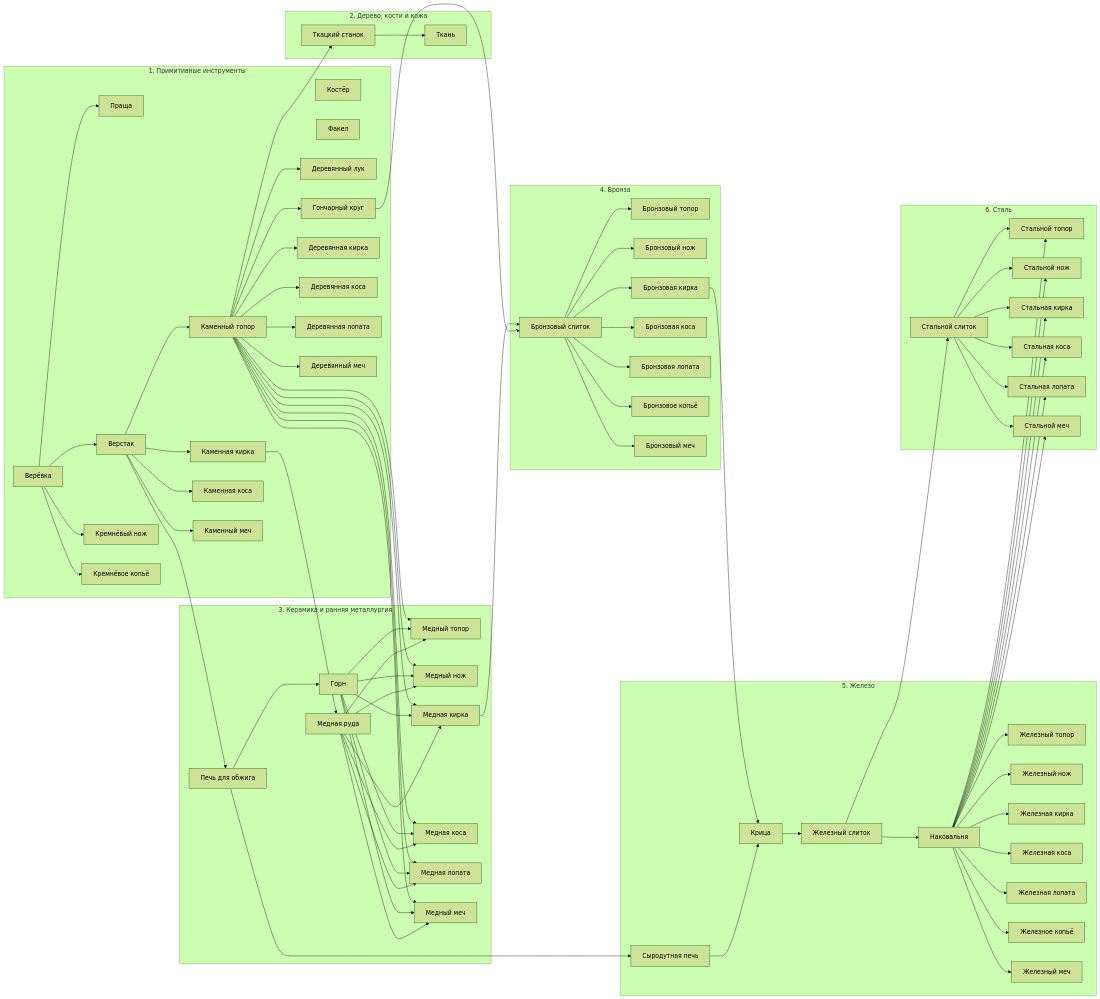
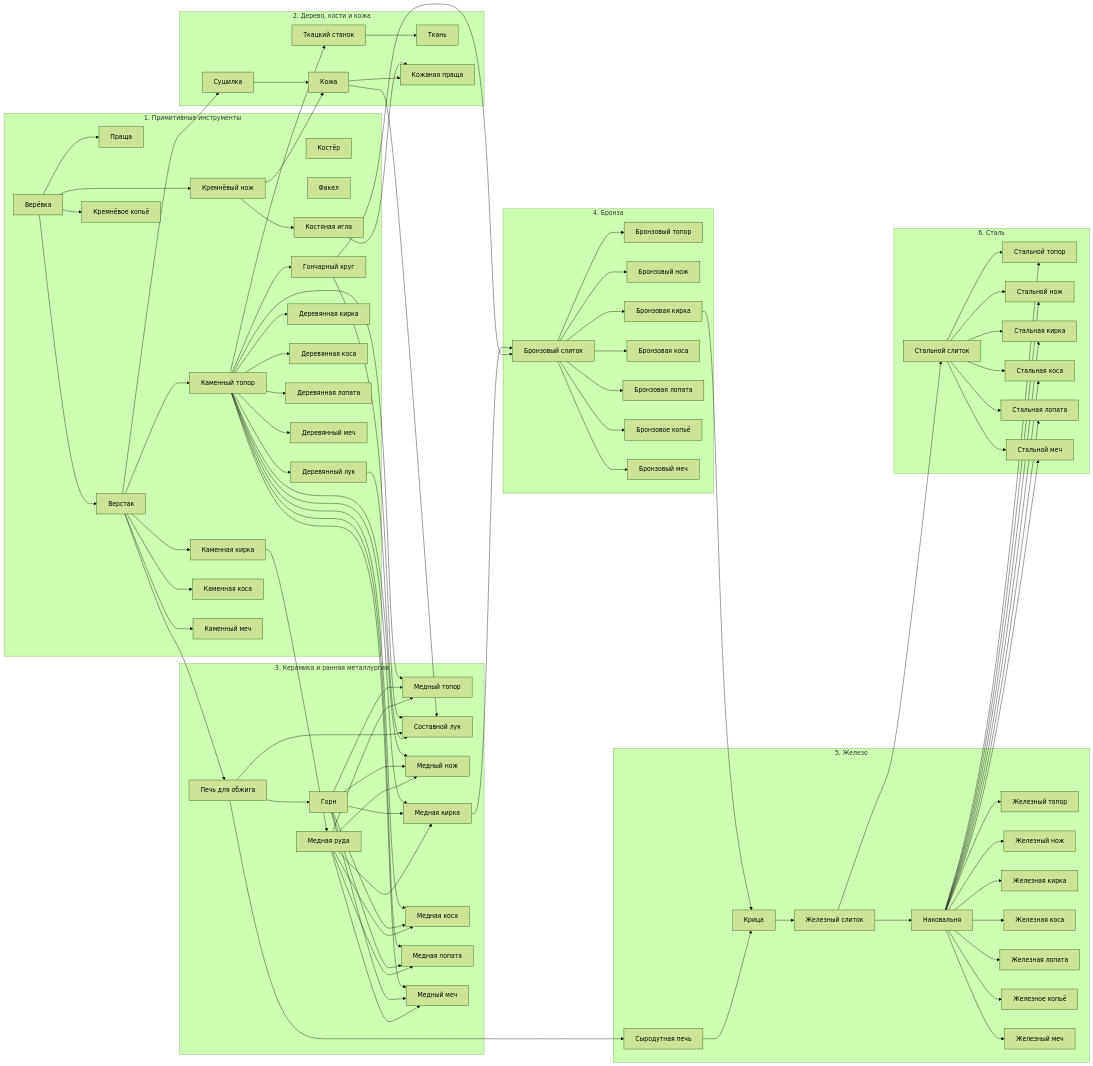
The first of 2 diagrams in docs/generated/content-graph.md (randomboygh/survivium), drawn with Mermaid (forest theme) before and after one commit. The commit also changed other lines of this file and 60 other files, not shown here.

````diff
--- a/docs/generated/content-graph.md
+++ b/docs/generated/content-graph.md
@@ -432,134 +457,149 @@
     b5["Факел"]
     b6["Верстак"]
     b8["Деревянный лук"]
-    b15["Гончарный круг"]
-    b18["Каменный топор"]
-    b23["Кремнёвый нож"]
-    b28["Каменная кирка"]
-    b29["Деревянная кирка"]
-    b34["Каменная коса"]
-    b35["Деревянная коса"]
-    b40["Деревянная лопата"]
-    b45["Кремнёвое копьё"]
-    b48["Деревянный меч"]
-    b49["Каменный меч"]
+    b18["Костяная игла"]
+    b19["Гончарный круг"]
+    b22["Каменный топор"]
+    b28["Кремнёвый нож"]
+    b33["Каменная кирка"]
+    b34["Деревянная кирка"]
+    b39["Каменная коса"]
+    b40["Деревянная коса"]
+    b45["Деревянная лопата"]
+    b50["Кремнёвое копьё"]
+    b53["Деревянный меч"]
+    b54["Каменный меч"]
   end
   subgraph e2["2. Дерево, кости и кожа"]
     b1["Ткань"]
-    b14["Ткацкий станок"]
+    b9["Сушилка"]
+    b10["Кожа"]
+    b16["Кожаная праща"]
+    b17["Ткацкий станок"]
   end
   subgraph e3["3. Керамика и ранняя металлургия"]
     b2["Медная руда"]
-    b9["Горн"]
-    b13["Печь для обжига"]
-    b19["Медный топор"]
-    b24["Медный нож"]
-    b30["Медная кирка"]
-    b36["Медная коса"]
-    b41["Медная лопата"]
-    b50["Медный меч"]
+    b11["Горн"]
+    b15["Печь для обжига"]
+    b23["Медный топор"]
+    b27["Составной лук"]
+    b29["Медный нож"]
+    b35["Медная кирка"]
+    b41["Медная коса"]
+    b46["Медная лопата"]
+    b55["Медный меч"]
   end
   subgraph e4["4. Бронза"]
-    b16["Бронзовый слиток"]
-    b20["Бронзовый топор"]
-    b25["Бронзовый нож"]
-    b31["Бронзовая кирка"]
-    b37["Бронзовая коса"]
-    b42["Бронзовая лопата"]
-    b46["Бронзовое копьё"]
-    b51["Бронзовый меч"]
+    b20["Бронзовый слиток"]
+    b24["Бронзовый топор"]
+    b30["Бронзовый нож"]
+    b36["Бронзовая кирка"]
+    b42["Бронзовая коса"]
+    b47["Бронзовая лопата"]
+    b51["Бронзовое копьё"]
+    b56["Бронзовый меч"]
   end
   subgraph e5["5. Железо"]
     b7["Сыродутная печь"]
-    b10["Крица"]
-    b11["Железный слиток"]
-    b12["Наковальня"]
-    b21["Железный топор"]
-    b26["Железный нож"]
-    b32["Железная кирка"]
-    b38["Железная коса"]
-    b43["Железная лопата"]
-    b47["Железное копьё"]
-    b52["Железный меч"]
+    b12["Крица"]
+    b13["Железный слиток"]
+    b14["Наковальня"]
+    b25["Железный топор"]
+    b31["Железный нож"]
+    b37["Железная кирка"]
+    b43["Железная коса"]
+    b48["Железная лопата"]
+    b52["Железное копьё"]
+    b57["Железный меч"]
   end
   subgraph e6["6. Сталь"]
-    b17["Стальной слиток"]
-    b22["Стальной топор"]
-    b27["Стальной нож"]
-    b33["Стальная кирка"]
-    b39["Стальная коса"]
-    b44["Стальная лопата"]
-    b53["Стальной меч"]
+    b21["Стальной слиток"]
+    b26["Стальной топор"]
+    b32["Стальной нож"]
+    b38["Стальная кирка"]
+    b44["Стальная коса"]
+    b49["Стальная лопата"]
+    b58["Стальной меч"]
   end
-  b14 --> b1
-  b28 --> b2
+  b17 --> b1
+  b33 --> b2
   b3 --> b4
   b3 --> b6
-  b13 --> b7
-  b18 --> b8
-  b13 --> b9
-  b7 --> b10
-  b31 --> b10
-  b10 --> b11
-  b11 --> b12
-  b6 --> b13
-  b18 --> b14
-  b18 --> b15
-  b15 --> b16
-  b30 --> b16
-  b11 --> b17
-  b6 --> b18
-  b2 --> b19
-  b9 --> b19
-  b18 --> b19
-  b16 --> b20
-  b12 --> b21
-  b12 --> b22
-  b17 --> b22
-  b3 --> b23
-  b2 --> b24
-  b9 --> b24
-  b18 --> b24
-  b16 --> b25
-  b12 --> b26
-  b12 --> b27
-  b17 --> b27
-  b6 --> b28
-  b18 --> b29
-  b2 --> b30
-  b9 --> b30
-  b18 --> b30
-  b16 --> b31
-  b12 --> b32
-  b12 --> b33
-  b17 --> b33
-  b6 --> b34
-  b18 --> b35
-  b2 --> b36
-  b9 --> b36
-  b18 --> b36
-  b16 --> b37
-  b12 --> b38
-  b12 --> b39
-  b17 --> b39
-  b18 --> b40
+  b15 --> b7
+  b22 --> b8
+  b6 --> b9
+  b9 --> b10
+  b28 --> b10
+  b15 --> b11
+  b7 --> b12
+  b36 --> b12
+  b12 --> b13
+  b13 --> b14
+  b6 --> b15
+  b10 --> b16
+  b18 --> b16
+  b22 --> b17
+  b28 --> b18
+  b22 --> b19
+  b19 --> b20
+  b35 --> b20
+  b13 --> b21
+  b6 --> b22
+  b2 --> b23
+  b11 --> b23
+  b22 --> b23
+  b20 --> b24
+  b14 --> b25
+  b14 --> b26
+  b21 --> b26
+  b8 --> b27
+  b10 --> b27
+  b15 --> b27
+  b19 --> b27
+  b3 --> b28
+  b2 --> b29
+  b11 --> b29
+  b22 --> b29
+  b20 --> b30
+  b14 --> b31
+  b14 --> b32
+  b21 --> b32
+  b6 --> b33
+  b22 --> b34
+  b2 --> b35
+  b11 --> b35
+  b22 --> b35
+  b20 --> b36
+  b14 --> b37
+  b14 --> b38
+  b21 --> b38
+  b6 --> b39
+  b22 --> b40
   b2 --> b41
-  b9 --> b41
-  b18 --> b41
-  b16 --> b42
-  b12 --> b43
-  b12 --> b44
-  b17 --> b44
-  b3 --> b45
-  b16 --> b46
-  b12 --> b47
-  b18 --> b48
-  b6 --> b49
-  b2 --> b50
-  b9 --> b50
-  b18 --> b50
-  b16 --> b51
-  b12 --> b52
-  b12 --> b53
-  b17 --> b53
+  b11 --> b41
+  b22 --> b41
+  b20 --> b42
+  b14 --> b43
+  b14 --> b44
+  b21 --> b44
+  b22 --> b45
+  b2 --> b46
+  b11 --> b46
+  b22 --> b46
+  b20 --> b47
+  b14 --> b48
+  b14 --> b49
+  b21 --> b49
+  b3 --> b50
+  b20 --> b51
+  b14 --> b52
+  b22 --> b53
+  b6 --> b54
+  b2 --> b55
+  b11 --> b55
+  b22 --> b55
+  b20 --> b56
+  b14 --> b57
+  b14 --> b58
+  b21 --> b58
 ```
````
